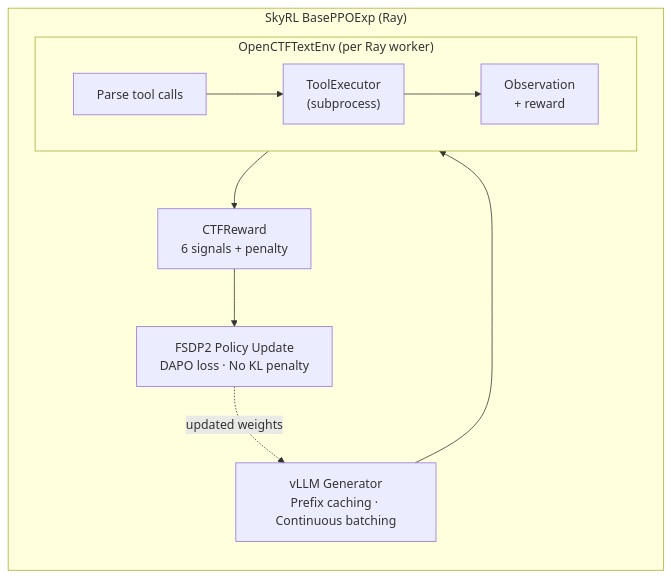
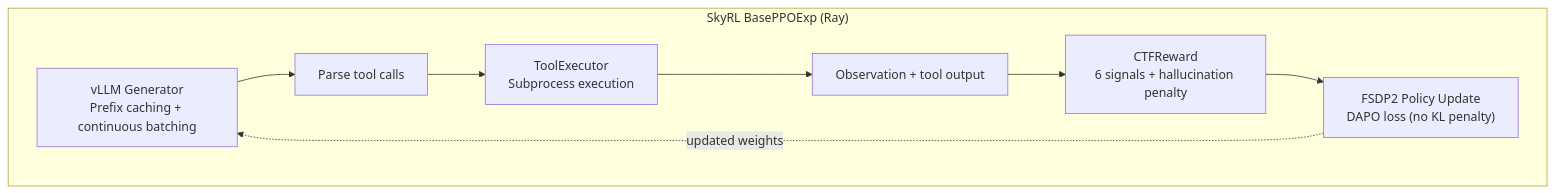
The third of 3 diagrams in README.md (westonbrown/open-ctf-env), drawn with Mermaid before and after one commit. The commit also changed other lines of this file and 2 other files, not shown here.

````diff
--- a/README.md
+++ b/README.md
@@ -304,15 +313,15 @@
 ```mermaid
-flowchart TB
+flowchart LR
     subgraph skyrl["SkyRL BasePPOExp (Ray)"]
-        direction TB
-        vllm["vLLM Generator\nPrefix caching · Continuous batching"] --> env
-        subgraph env["OpenCTFTextEnv (per Ray worker)"]
-            direction LR
-            parse["Parse tool calls"] --> exec["ToolExecutor\n(subprocess)"]
-            exec --> obs["Observation\n+ reward"]
-        end
-        env --> reward["CTFReward\n6 signals + penalty"]
-        reward --> trainer["FSDP2 Policy Update\nDAPO loss · No KL penalty"]
-        trainer -.->|"updated weights"| vllm
+        direction LR
+        vllm["vLLM Generator<br/>Prefix caching + continuous batching"]
+        parse["Parse tool calls"]
+        exec["ToolExecutor<br/>Subprocess execution"]
+        obs["Observation + tool output"]
+        reward["CTFReward<br/>6 signals + hallucination penalty"]
+        trainer["FSDP2 Policy Update<br/>DAPO loss (no KL penalty)"]
+
+        vllm --> parse --> exec --> obs --> reward --> trainer
+        trainer -. "updated weights" .-> vllm
     end
 ```
````
